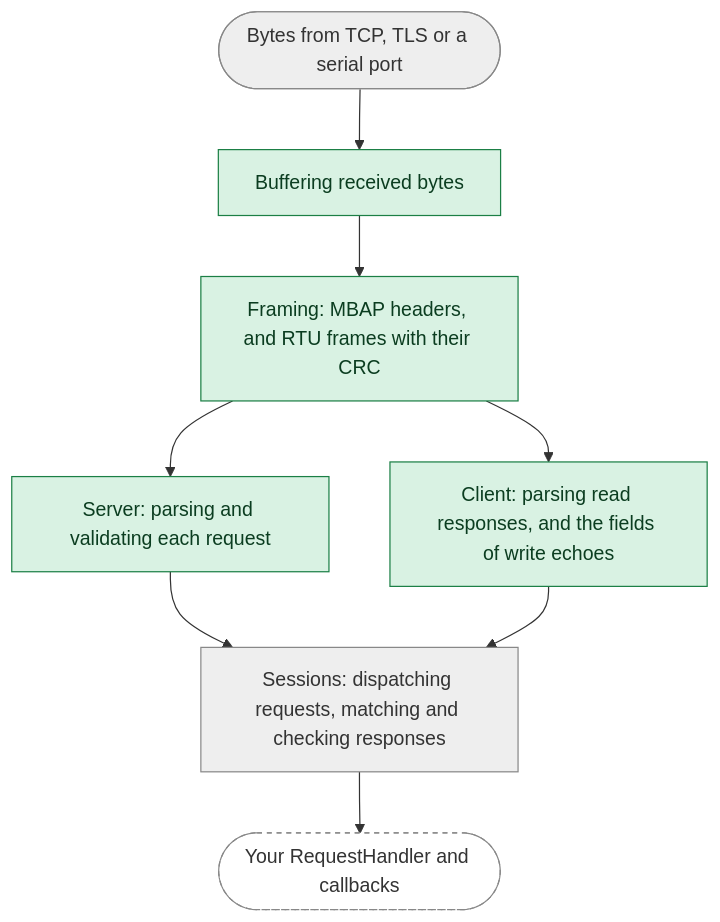
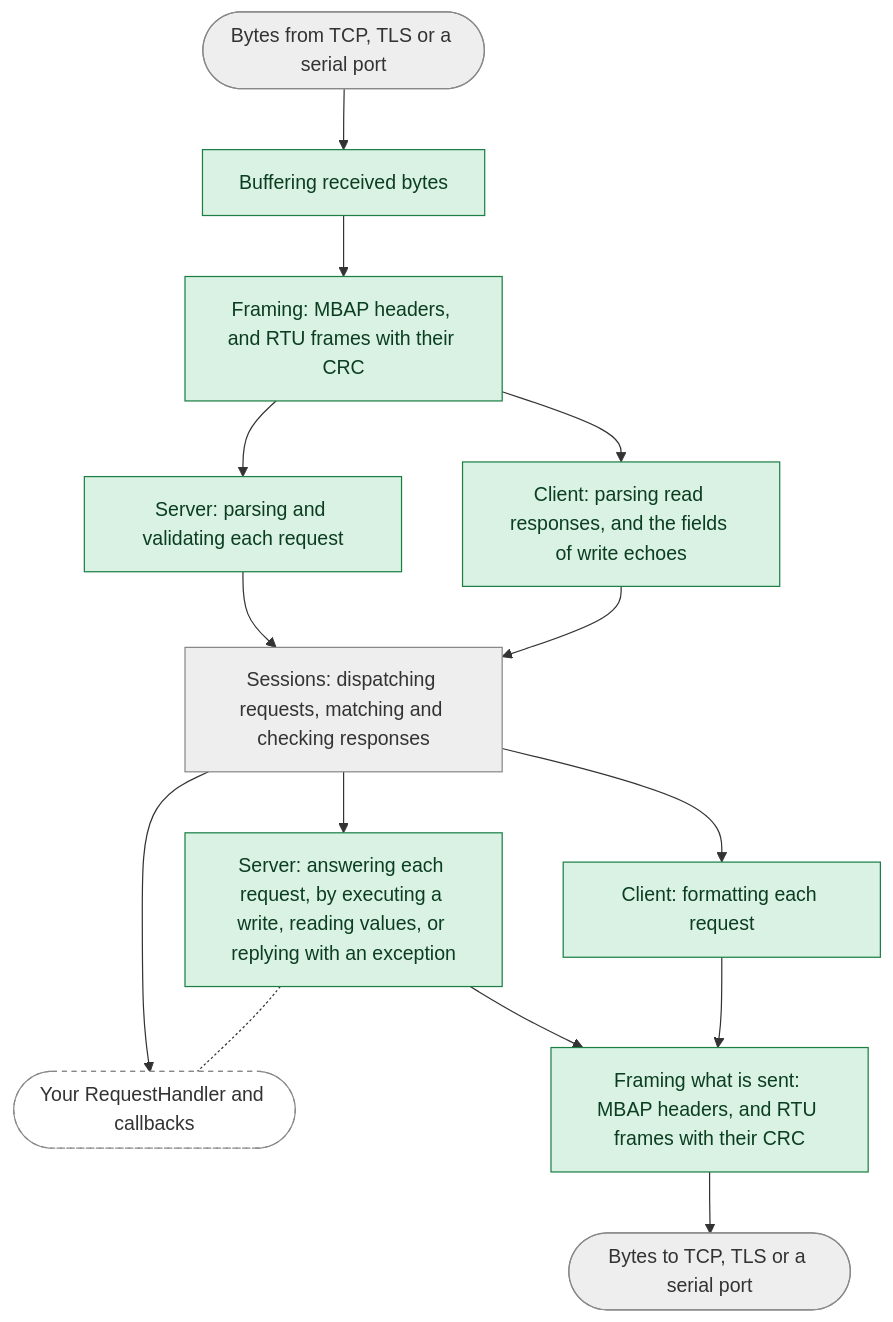
Before and after one commit to stepfunc/rodbus: the diagram in guide/docs/about/security.mdx, drawn with Mermaid. The commit also changed other lines of this file and 5 other files, not shown here.

````diff
--- a/guide/docs/about/security.mdx
+++ b/guide/docs/about/security.mdx
@@ -58,17 +47,25 @@
 ```mermaid
 flowchart TD
     bytes(["Bytes from TCP, TLS or a serial port"]):::outside
     buffer["Buffering received bytes"]:::proven
     frames["Framing: MBAP headers, and RTU frames with their CRC"]:::proven
     request["Server: parsing and validating each request"]:::proven
     response["Client: parsing read responses, and the fields of write echoes"]:::proven
     session["Sessions: dispatching requests, matching and checking responses"]:::outside
     handler(["Your RequestHandler and callbacks"]):::user
+    reply["Server: answering each request, by executing a write, reading values, or replying with an exception"]:::proven
+    send["Client: formatting each request"]:::proven
+    framing["Framing what is sent: MBAP headers, and RTU frames with their CRC"]:::proven
+    sent(["Bytes to TCP, TLS or a serial port"]):::outside
     bytes --> buffer --> frames
     frames --> request --> session
     frames --> response --> session
     session --> handler
+    session --> reply --> framing
+    reply -.- handler
+    session --> send --> framing
+    framing --> sent
     classDef proven fill:#d9f2e3,stroke:#1b7f45,color:#0b3d20
     classDef outside fill:#eeeeee,stroke:#888888,color:#333333
     classDef user fill:#ffffff,stroke:#888888,stroke-dasharray:4 4,color:#333333
 ```
````
